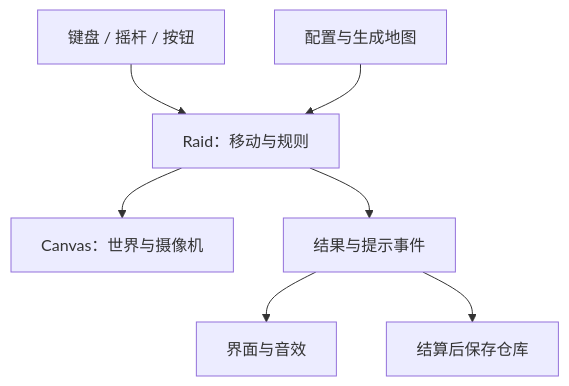
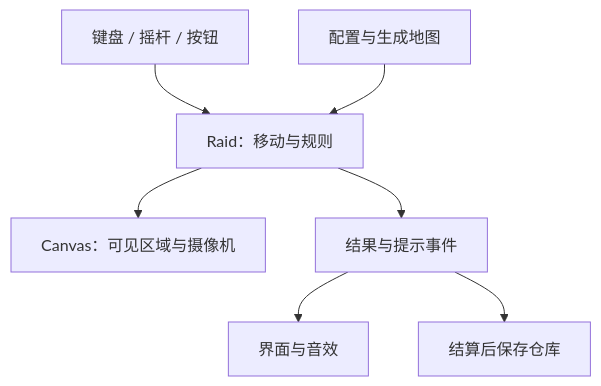
Before and after one commit to GHZlove/number-extraction-: the first of 2 diagrams in docs/ARCHITECTURE.md, drawn with Mermaid. The commit also changed other lines of this file and 7 other files, not shown here.

````diff
--- a/docs/ARCHITECTURE.md
+++ b/docs/ARCHITECTURE.md
@@ -32,9 +33,9 @@
 ```mermaid
 flowchart TD
   Input["键盘 / 摇杆 / 按钮"] --> Sim["Raid：移动与规则"]
   Config["配置与生成地图"] --> Sim
-  Sim --> Render["Canvas：世界与摄像机"]
+  Sim --> Render["Canvas：可见区域与摄像机"]
   Sim --> Events["结果与提示事件"]
   Events --> UI["界面与音效"]
   Events --> Save["结算后保存仓库"]
 ```
````
